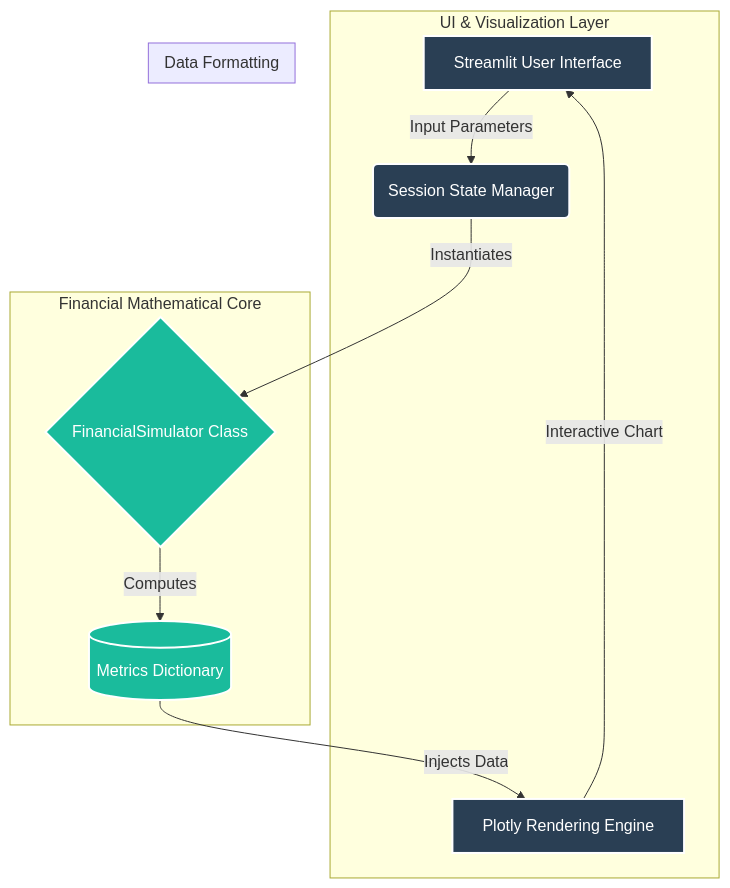
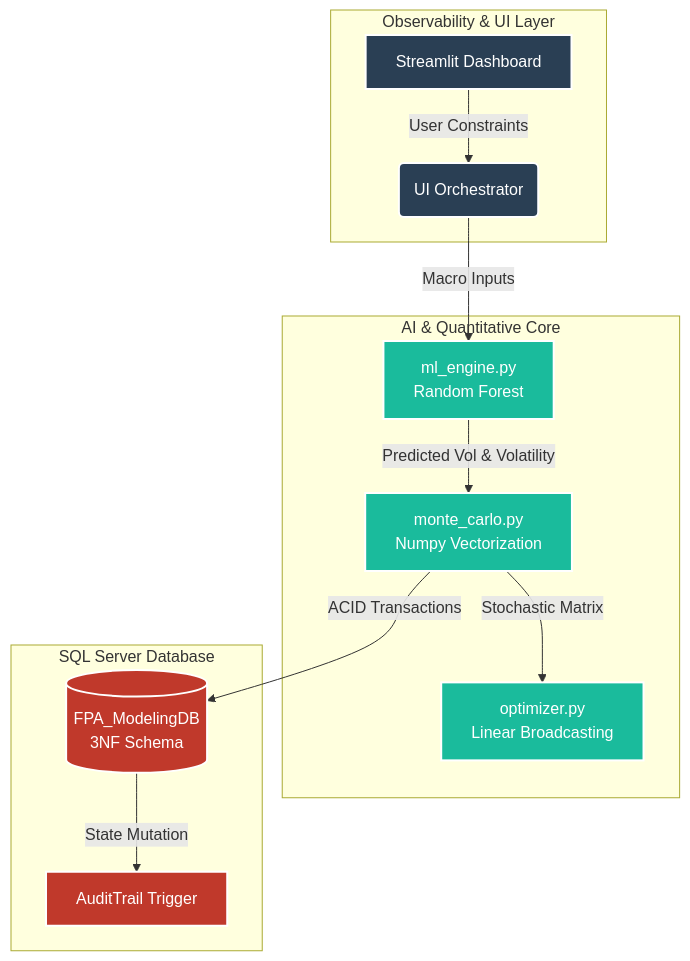
The diagram in README.md (alejandro-javier-ds/FPA-Scenario-Modeling-Engine), drawn with Mermaid before and after one commit. The commit also changed other lines of this file and 11 other files, not shown here.

Commit message:
feat: complete enterprise architecture deployment with stochastic optimizer

````diff
--- a/README.md
+++ b/README.md
@@ -19,22 +35,25 @@
 ```mermaid
 graph TD
-    subgraph Presentation_Layer [UI & Visualization Layer]
-        A[Streamlit User Interface] -->|Input Parameters| B(Session State Manager)
-        E[Plotly Rendering Engine] -->|Interactive Chart| A
+    subgraph Presentation_Layer [Observability & UI Layer]
+        A[Streamlit Dashboard] -->|User Constraints| B(UI Orchestrator)
     end
     
-    subgraph Core_Engine [Financial Mathematical Core]
-        B -->|Instantiates| C{FinancialSimulator Class}
-        C -->|Computes| D[(Metrics Dictionary)]
+    subgraph Core_Engine [AI & Quantitative Core]
+        B -->|Macro Inputs| C[ml_engine.py <br> Random Forest]
+        C -->|Predicted Vol & Volatility| D[monte_carlo.py <br> Numpy Vectorization]
+        D -->|Stochastic Matrix| E[optimizer.py <br> Linear Broadcasting]
     end
     
-    subgraph Output_Pipeline [Data Formatting]
-        D -->|Injects Data| E
+    subgraph Persistence_Layer [SQL Server Database]
+        D -->|ACID Transactions| F[(FPA_ModelingDB <br> 3NF Schema)]
+        F -->|State Mutation| G[AuditTrail Trigger]
     end
     
     classDef ui fill:#2A3F54,stroke:#fff,stroke-width:2px,color:#fff;
     classDef core fill:#1ABB9C,stroke:#fff,stroke-width:2px,color:#fff;
+    classDef db fill:#C0392B,stroke:#fff,stroke-width:2px,color:#fff;
     
-    class A,B,E ui;
-    class C,D core;
+    class A,B ui;
+    class C,D,E core;
+    class F,G db;
 ```
````
